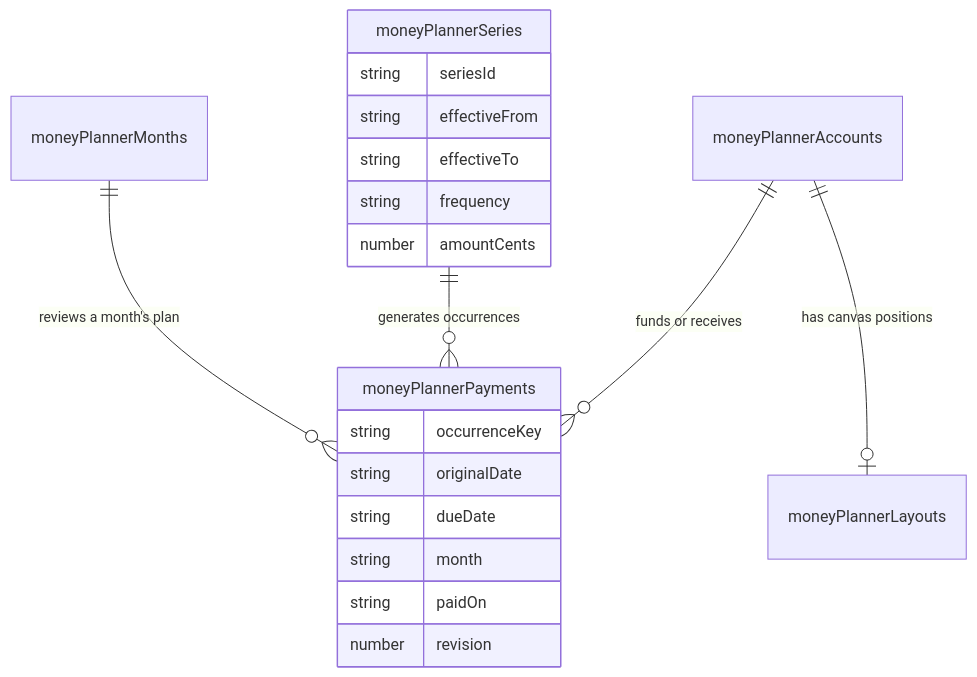
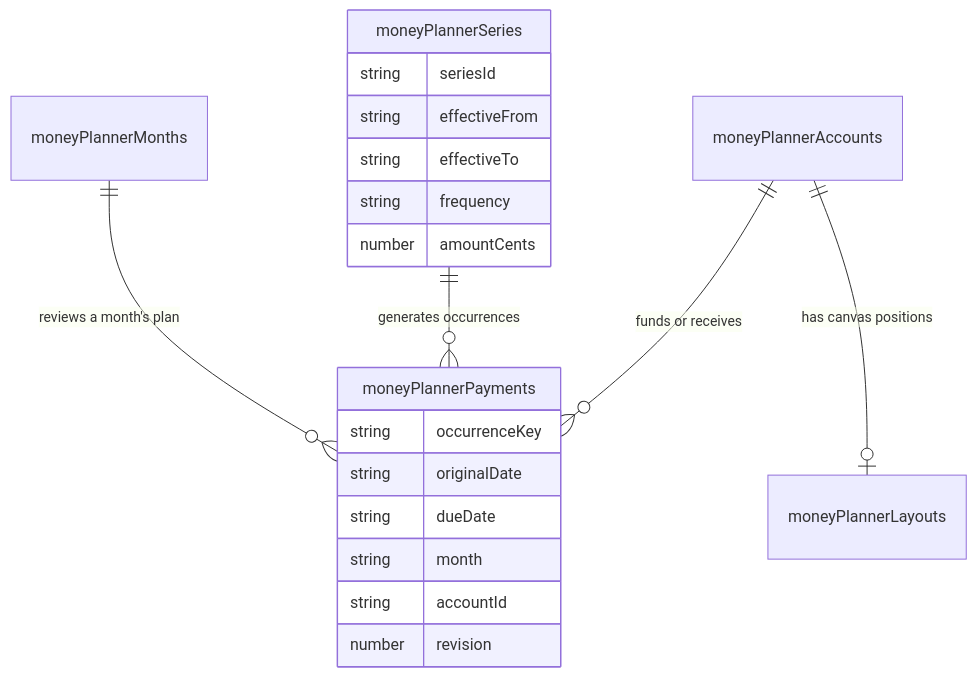
One commit to chvaldez10/fin-strat changed the second of 5 diagrams in personal-dashboard/docs/technical/money-flow-canvas.md. Above: the diagram before and after it, drawn with Mermaid. The commit also changed other lines of this file and 34 other files, not shown here.

Commit message:
clean up money flow ui

````diff
--- a/personal-dashboard/docs/technical/money-flow-canvas.md
+++ b/personal-dashboard/docs/technical/money-flow-canvas.md
@@ -72,23 +107,23 @@
 ```mermaid
 erDiagram
     moneyPlannerAccounts ||--o{ moneyPlannerPayments : "funds or receives"
     moneyPlannerSeries ||--o{ moneyPlannerPayments : "generates occurrences"
     moneyPlannerMonths ||--o{ moneyPlannerPayments : "reviews a month's plan"
     moneyPlannerAccounts ||--o| moneyPlannerLayouts : "has canvas positions"
 
     moneyPlannerSeries {
         string seriesId
         string effectiveFrom
         string effectiveTo
         string frequency
         number amountCents
     }
     moneyPlannerPayments {
         string occurrenceKey
         string originalDate
         string dueDate
         string month
-        string paidOn
+        string accountId
         number revision
     }
 ```
````
